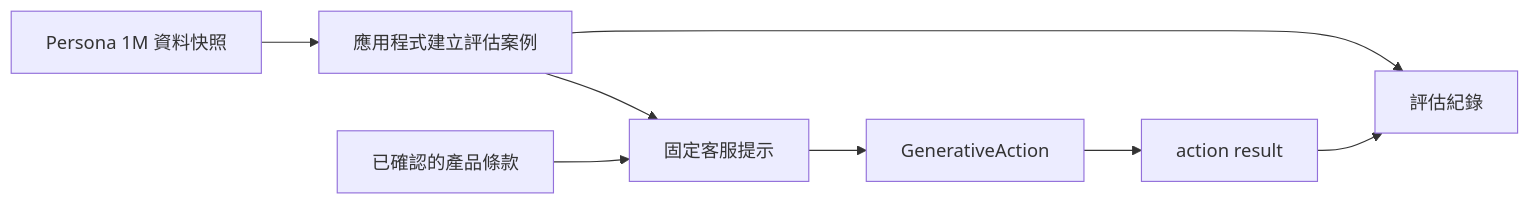
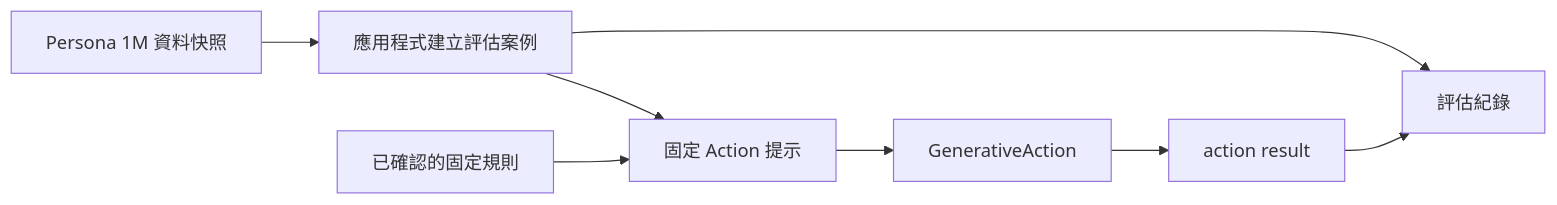
Before and after one commit to MarkovChenITRI/Agentic-SDK: the diagram in docs/blog/action-matraix.md, drawn with Mermaid. The commit also changed other lines of this file and 3 other files, not shown here.

````diff
--- a/docs/blog/action-matraix.md
+++ b/docs/blog/action-matraix.md
@@ -21,10 +21,10 @@
 ```mermaid
 flowchart LR
     Dataset[Persona 1M 資料快照] --> Case[應用程式建立評估案例]
-    Policy[已確認的產品條款] --> Prompt[固定客服提示]
+    Policy[已確認的固定規則] --> Prompt[固定 Action 提示]
     Case --> Prompt
     Prompt --> Action[GenerativeAction]
     Action --> Result[action result]
     Case --> Audit[評估紀錄]
     Result --> Audit
 ```
````
